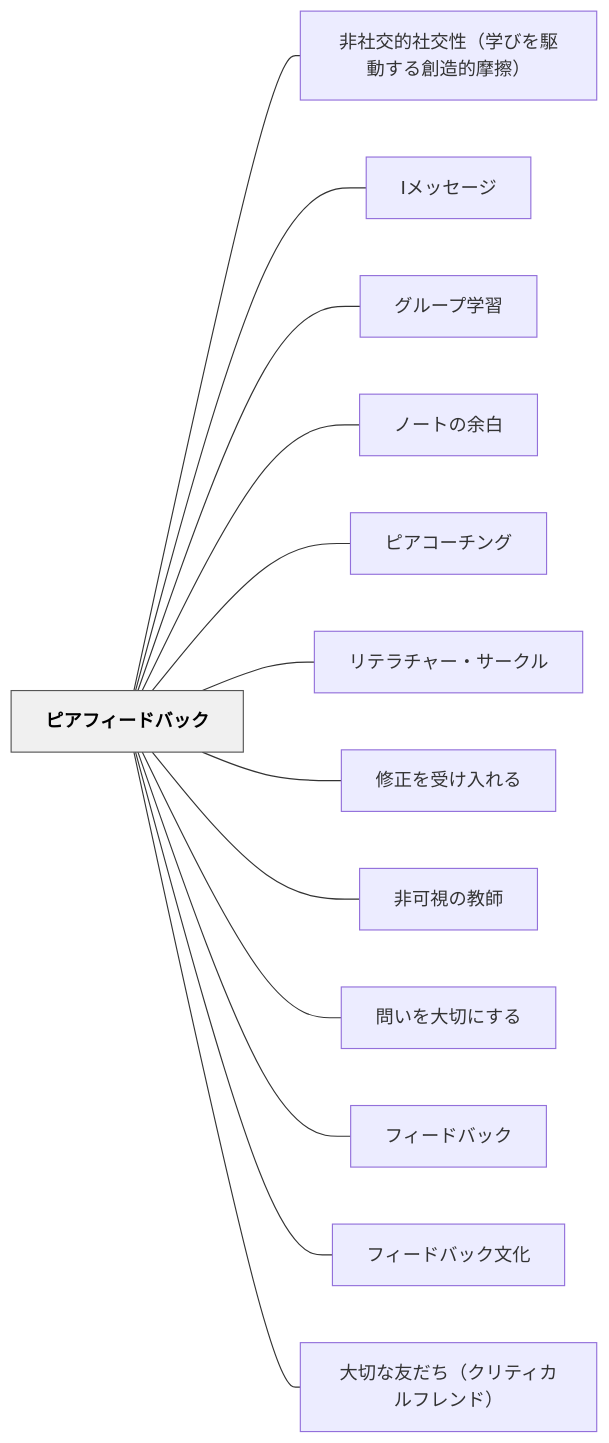
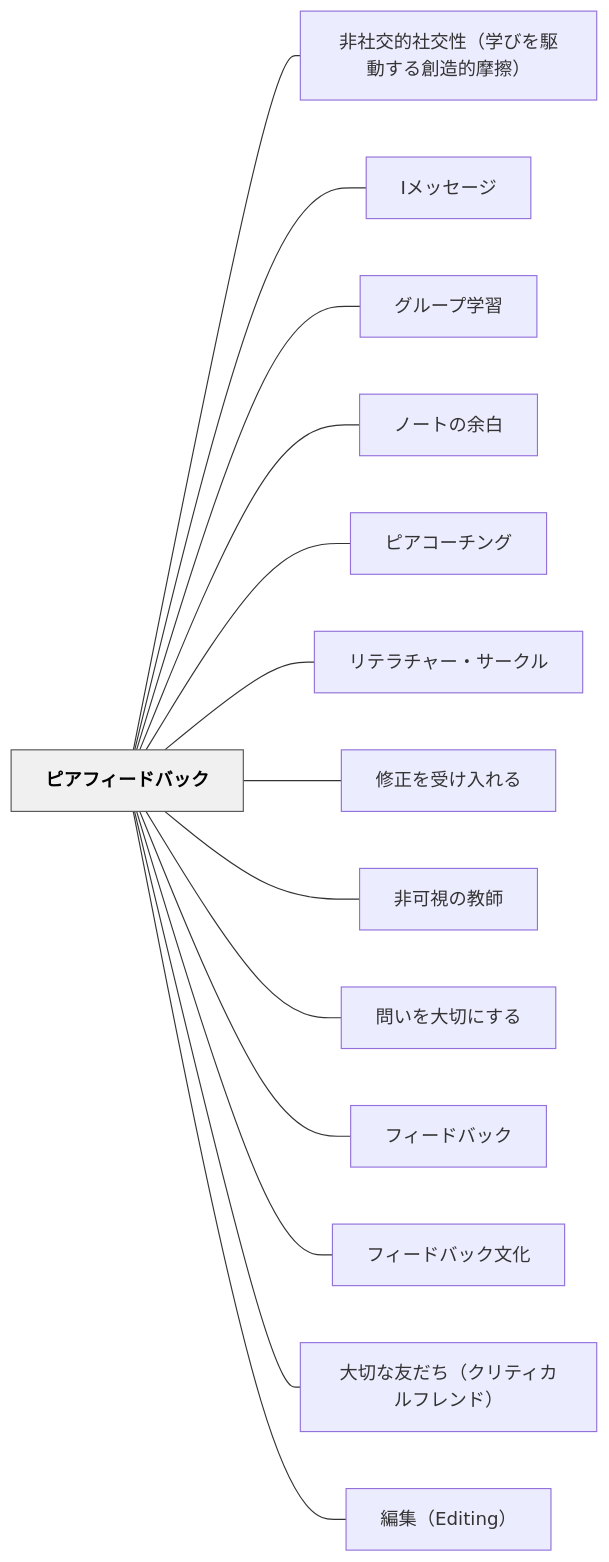
One commit to unknownthings-ed-patterns/unknownthings-ed-patterns changed the diagram in content/パタン/ピアフィードバック.md. Above: the diagram before and after it, drawn with Mermaid. The commit also changed other lines of this file and 4 other files, not shown here.

````diff
--- a/content/パタン/ピアフィードバック.md
+++ b/content/パタン/ピアフィードバック.md
@@ -90,32 +91,34 @@
 ```mermaid
 flowchart LR
     ne38394e382a2e38395e382a3e383bce38389e38390e38383e382af["ピアフィードバック"]
     ne99d9ee7a4bee4baa4e79a84e7a4bee4baa4e680a7efbc88e5ada6e381b3e38292e9a786e58b95e38199e3828be589b5e980a0e79a84e691a9e693a6efbc89["非社交的社交性（学びを駆動する創造的摩擦）"]
     n49e383a1e38383e382bbe383bce382b8["Iメッセージ"]
     ne382b0e383abe383bce38397e5ada6e7bf92["グループ学習"]
     ne3838ee383bce38388e381aee4bd99e799bd["ノートの余白"]
     ne38394e382a2e382b3e383bce38381e383b3e382b0["ピアコーチング"]
     ne383aae38386e383a9e38381e383a3e383bce383bbe382b5e383bce382afe383ab["リテラチャー・サークル"]
     ne4bfaee6ada3e38292e58f97e38191e585a5e3828ce3828b["修正を受け入れる"]
     ne99d9ee58fafe8a696e381aee69599e5b8ab["非可視の教師"]
     ne5958fe38184e38292e5a4a7e58887e381abe38199e3828b["問いを大切にする"]
     ne38395e382a3e383bce38389e38390e38383e382af["フィードバック"]
     ne38395e382a3e383bce38389e38390e38383e382afe69687e58c96["フィードバック文化"]
     ne5a4a7e58887e381aae58f8be381a0e381a1efbc88e382afe383aae38386e382a3e382abe383abe38395e383ace383b3e38389efbc89["大切な友だち（クリティカルフレンド）"]
+    ne7b7a8e99b86efbc8845646974696e67efbc89["編集（Editing）"]
 
     ne38394e382a2e38395e382a3e383bce38389e38390e38383e382af --- ne99d9ee7a4bee4baa4e79a84e7a4bee4baa4e680a7efbc88e5ada6e381b3e38292e9a786e58b95e38199e3828be589b5e980a0e79a84e691a9e693a6efbc89
     ne38394e382a2e38395e382a3e383bce38389e38390e38383e382af --- n49e383a1e38383e382bbe383bce382b8
     ne38394e382a2e38395e382a3e383bce38389e38390e38383e382af --- ne382b0e383abe383bce38397e5ada6e7bf92
     ne38394e382a2e38395e382a3e383bce38389e38390e38383e382af --- ne3838ee383bce38388e381aee4bd99e799bd
     ne38394e382a2e38395e382a3e383bce38389e38390e38383e382af --- ne38394e382a2e382b3e383bce38381e383b3e382b0
     ne38394e382a2e38395e382a3e383bce38389e38390e38383e382af --- ne383aae38386e383a9e38381e383a3e383bce383bbe382b5e383bce382afe383ab
     ne38394e382a2e38395e382a3e383bce38389e38390e38383e382af --- ne4bfaee6ada3e38292e58f97e38191e585a5e3828ce3828b
     ne38394e382a2e38395e382a3e383bce38389e38390e38383e382af --- ne99d9ee58fafe8a696e381aee69599e5b8ab
     ne38394e382a2e38395e382a3e383bce38389e38390e38383e382af --- ne5958fe38184e38292e5a4a7e58887e381abe38199e3828b
     ne38394e382a2e38395e382a3e383bce38389e38390e38383e382af --- ne38395e382a3e383bce38389e38390e38383e382af
     ne38394e382a2e38395e382a3e383bce38389e38390e38383e382af --- ne38395e382a3e383bce38389e38390e38383e382afe69687e58c96
     ne38394e382a2e38395e382a3e383bce38389e38390e38383e382af --- ne5a4a7e58887e381aae58f8be381a0e381a1efbc88e382afe383aae38386e382a3e382abe383abe38395e383ace383b3e38389efbc89
+    ne38394e382a2e38395e382a3e383bce38389e38390e38383e382af --- ne7b7a8e99b86efbc8845646974696e67efbc89
 
     classDef hub fill:#f0f0f0,stroke:#555,color:#000,font-weight:bold
     class ne38394e382a2e38395e382a3e383bce38389e38390e38383e382af hub
 ```
````
